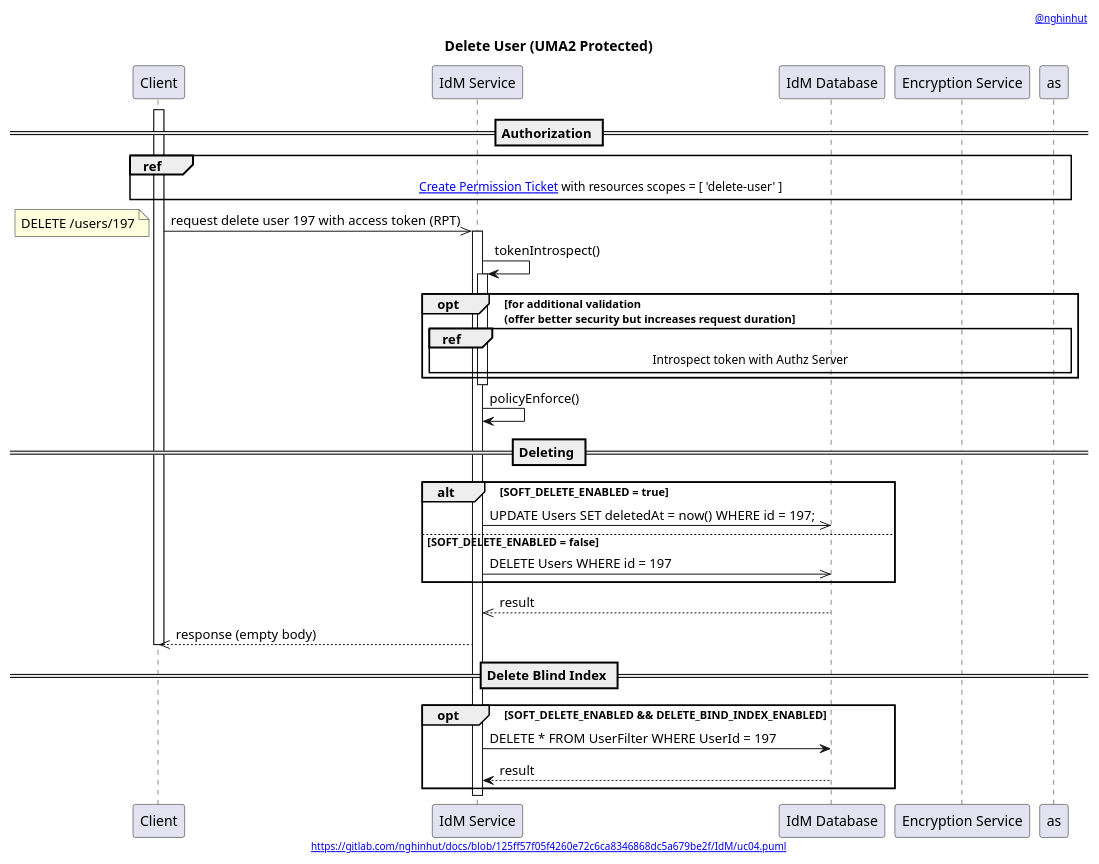
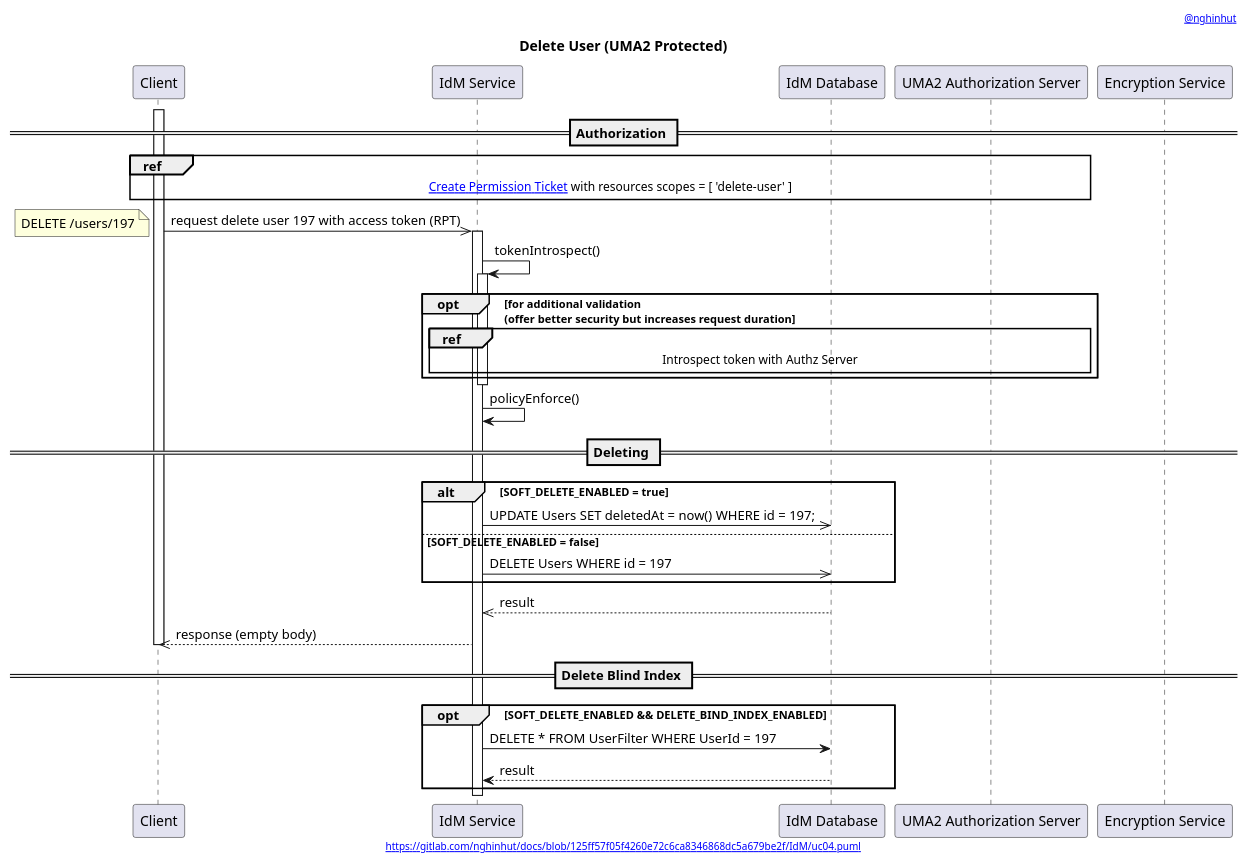
The diagram in IdM/uc04.sequence.puml (nghinhut/docs), drawn with PlantUML before and after one commit.

Commit message:
Update diagrams

```diff
--- a/IdM/uc04.sequence.puml
+++ b/IdM/uc04.sequence.puml
@@ -1,58 +1,59 @@
 @startuml
 '-----START auto generated metadata please keep comment here to allow auto update-----
 '-----DON'T EDIT THIS SECTION, INSTEAD RE-RUN prebuild.sh TO UPDATE-----
 header [[https://www.nghinhut.dev?from=http%5C%3A%5C%2F%5C%2Fwww%5C.plantuml%5C.com%5C%2Fplantuml%5C%2Fproxy%3Ffmt%3Dsvg%5C%26src%3Dhttps%5C%3A%5C%2F%5C%2Fgitlab%5C.com%5C%2Fnghinhut%5C%2Fdocs%5C%2Fraw%5C%2F125ff57f05f4260e72c6ca8346868dc5a679be2f%5C%2FIdM%5C%2Fuc04%5C.puml%0A @nghinhut]]
 footer [[http://www.plantuml.com/plantuml/proxy?fmt=svg&src=https://gitlab.com/nghinhut/docs/raw/125ff57f05f4260e72c6ca8346868dc5a679be2f/IdM/uc04.puml https://gitlab.com/nghinhut/docs/blob/125ff57f05f4260e72c6ca8346868dc5a679be2f/IdM/uc04.puml]]
 '-----END auto generated metadata please keep comment here to allow auto update-----
 title Delete User (UMA2 Protected)
 
 participant "Client" as client
 participant "IdM Service" as idm
 participant "IdM Database" as db
+participant "UMA2 Authorization Server" as as
 participant "Encryption Service" as es
 
 == Authorization ==
 activate client
 ref over client, idm, as
     [[$BASE_URL/create-permission-ticket.function.puml{} Create Permission Ticket]] with resources scopes = [ 'delete-user' ]
 end
 
 {start_d1} client ->> idm : request delete user 197 with access token (RPT)
 note left
     DELETE /users/197
 end note
 
 activate idm
 idm -> idm : tokenIntrospect()
 activate idm
     opt for additional validation\n(offer better security but increases request duration
         ref over idm, as
             Introspect token with Authz Server
         end
     end
 deactivate idm
 
 
 idm -> idm : policyEnforce()
 
 == Deleting ==
 alt SOFT_DELETE_ENABLED = true
     idm ->> db : UPDATE Users SET deletedAt = now() WHERE id = 197;
 else SOFT_DELETE_ENABLED = false
     idm ->> db : DELETE Users WHERE id = 197
 end
 idm <<-- db : result
 
 client <<-- idm : response (empty body)
 deactivate client
 
 == Delete Blind Index ==
 opt SOFT_DELETE_ENABLED && DELETE_BIND_INDEX_ENABLED
     idm -> db : DELETE * FROM UserFilter WHERE UserId = 197
     idm <-- db : result
 end
 
 deactivate idm
 
 
 @enduml
```
